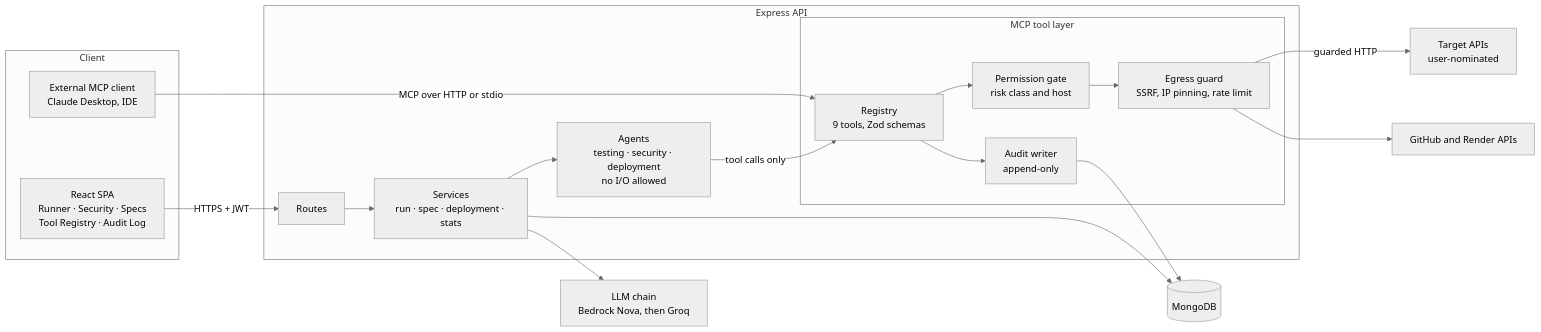
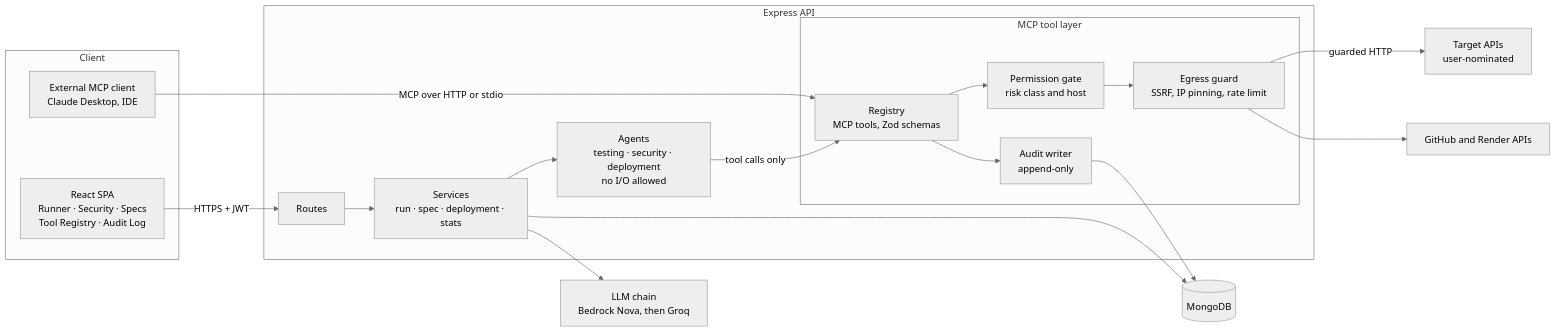
Before and after one commit to adarshcod30/AGENTIQ: the first of 2 diagrams in README.md, drawn with Mermaid (neutral theme). The commit also changed other lines of this file and 9 other files, not shown here.

````diff
--- a/README.md
+++ b/README.md
@@ -131,31 +131,31 @@
 ```mermaid
 flowchart LR
     subgraph Client
         UI["React SPA<br/>Runner · Security · Specs<br/>Tool Registry · Audit Log"]
         EXT["External MCP client<br/>Claude Desktop, IDE"]
     end
 
     subgraph API["Express API"]
         R["Routes"]
         SV["Services<br/>run · spec · deployment · stats"]
         AG["Agents<br/>testing · security · deployment<br/>no I/O allowed"]
         subgraph MCP["MCP tool layer"]
-            REG["Registry<br/>9 tools, Zod schemas"]
+            REG["Registry<br/>MCP tools, Zod schemas"]
             PERM["Permission gate<br/>risk class and host"]
             EG["Egress guard<br/>SSRF, IP pinning, rate limit"]
             AUD["Audit writer<br/>append-only"]
         end
     end
 
     UI -- "HTTPS + JWT" --> R
     EXT -- "MCP over HTTP or stdio" --> REG
     R --> SV --> AG
     AG -- "tool calls only" --> REG
     REG --> PERM --> EG
     EG -- "guarded HTTP" --> TGT["Target APIs<br/>user-nominated"]
     EG --> EXTAPI["GitHub and Render APIs"]
     REG --> AUD
     SV --> LLM["LLM chain<br/>Bedrock Nova, then Groq"]
     SV --> DB[("MongoDB")]
     AUD --> DB
 ```
````
